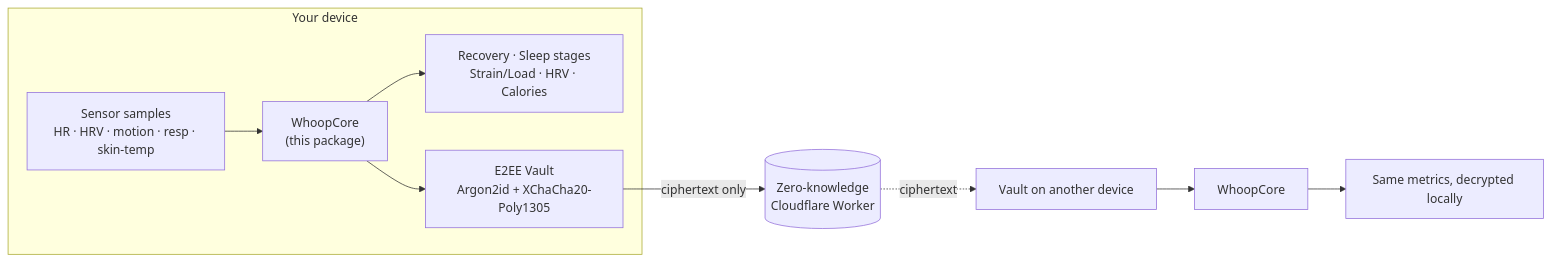
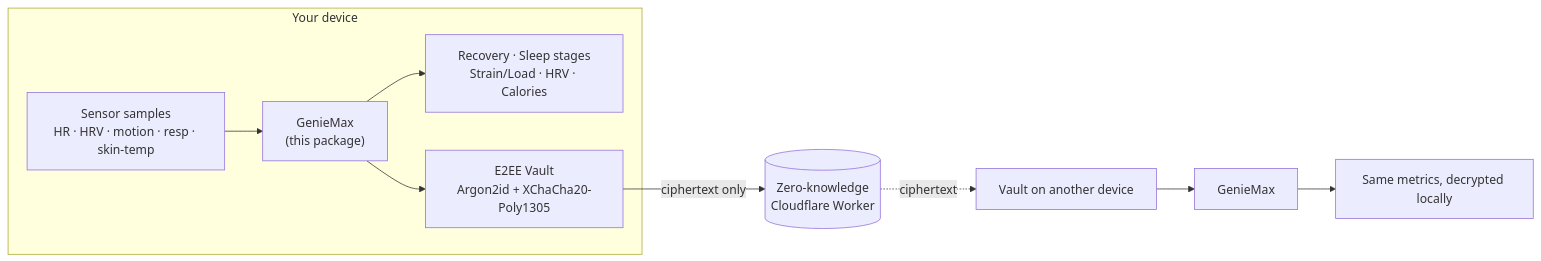
Before and after one commit to natdanai-pae/mywhoop: the diagram in README.md, drawn with Mermaid. The commit also changed other lines of this file and 178 other files, not shown here.

Commit message:
rebrand: rename module WhoopCore→GenieMax; README hero (logo, demo GIF, TestFlight, teaser math)

````diff
--- a/README.md
+++ b/README.md
@@ -90,11 +104,11 @@
 ```mermaid
 flowchart LR
   subgraph dev["Your device"]
-    S["Sensor samples<br/>HR · HRV · motion · resp · skin-temp"] --> WC["WhoopCore<br/>(this package)"]
+    S["Sensor samples<br/>HR · HRV · motion · resp · skin-temp"] --> WC["GenieMax<br/>(this package)"]
     WC --> M["Recovery · Sleep stages<br/>Strain/Load · HRV · Calories"]
     WC --> V["E2EE Vault<br/>Argon2id + XChaCha20-Poly1305"]
   end
   V -->|ciphertext only| B[("Zero-knowledge<br/>Cloudflare Worker")]
   B -.->|ciphertext| V2["Vault on another device"]
-  V2 --> WC2["WhoopCore"] --> M2["Same metrics, decrypted locally"]
+  V2 --> WC2["GenieMax"] --> M2["Same metrics, decrypted locally"]
 ```
````
